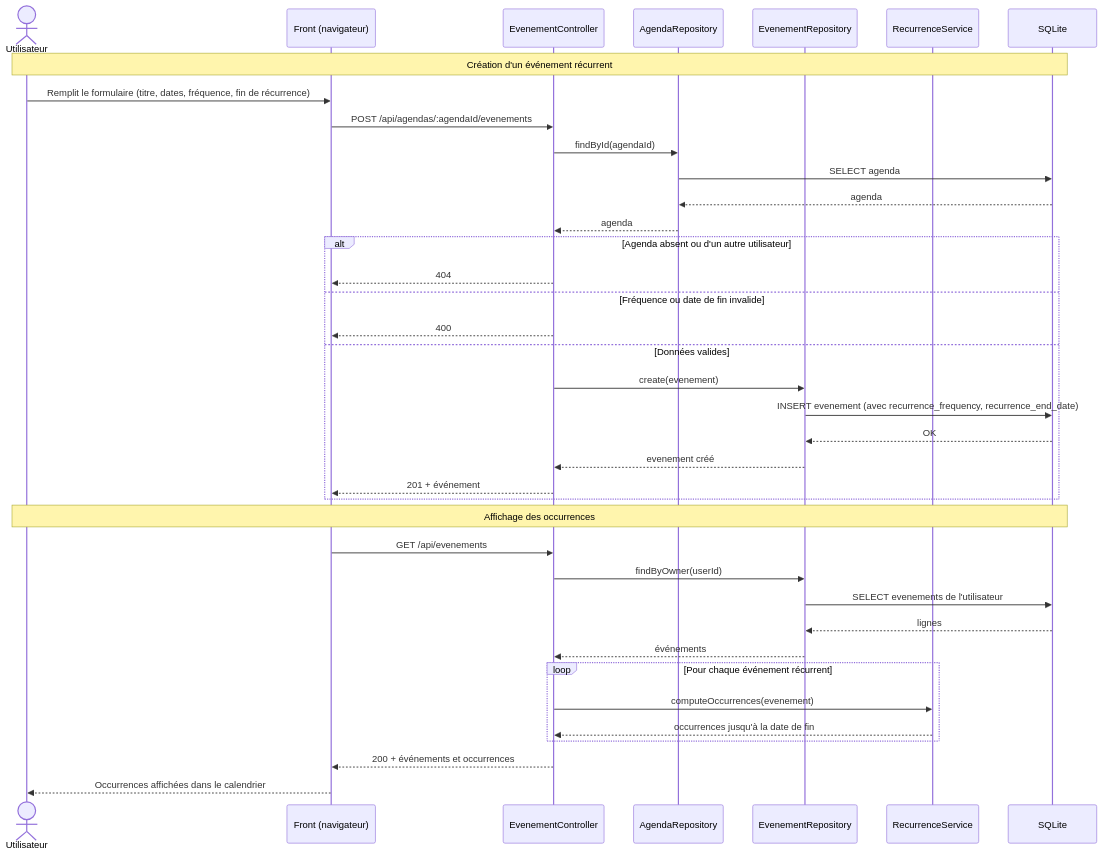
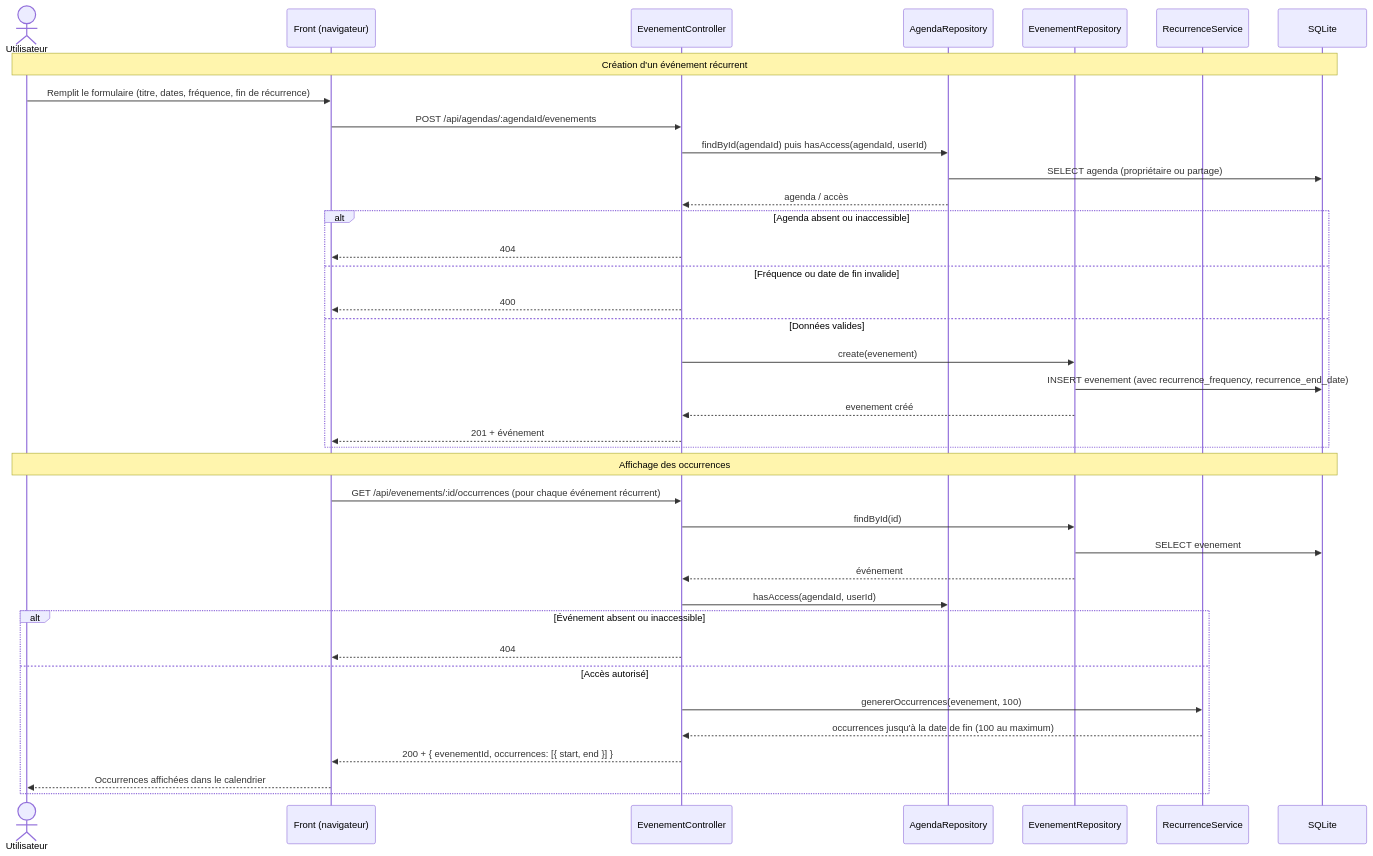
One commit to mbianytabs/ACL2026-ChronoSquad changed the second of 4 diagrams in docs/sprint1/conception.md. Above: the diagram before and after it, drawn with Mermaid. The commit also changed other lines of this file and 1 other file, not shown here.

````diff
--- a/docs/sprint1/conception.md
+++ b/docs/sprint1/conception.md
@@ -176,42 +100,42 @@
 ```mermaid
 sequenceDiagram
     actor U as Utilisateur
     participant F as Front (navigateur)
     participant C as EvenementController
     participant AR as AgendaRepository
     participant ER as EvenementRepository
     participant RS as RecurrenceService
     participant DB as SQLite
 
     Note over U,DB: Création d'un événement récurrent
     U->>F: Remplit le formulaire (titre, dates, fréquence, fin de récurrence)
     F->>C: POST /api/agendas/:agendaId/evenements
-    C->>AR: findById(agendaId)
-    AR->>DB: SELECT agenda
-    DB-->>AR: agenda
-    AR-->>C: agenda
-    alt Agenda absent ou d'un autre utilisateur
+    C->>AR: findById(agendaId) puis hasAccess(agendaId, userId)
+    AR->>DB: SELECT agenda (propriétaire ou partage)
+    AR-->>C: agenda / accès
+    alt Agenda absent ou inaccessible
         C-->>F: 404
     else Fréquence ou date de fin invalide
         C-->>F: 400
     else Données valides
         C->>ER: create(evenement)
         ER->>DB: INSERT evenement (avec recurrence_frequency, recurrence_end_date)
-        DB-->>ER: OK
         ER-->>C: evenement créé
         C-->>F: 201 + événement
     end
 
     Note over U,DB: Affichage des occurrences
-    F->>C: GET /api/evenements
-    C->>ER: findByOwner(userId)
-    ER->>DB: SELECT evenements de l'utilisateur
-    DB-->>ER: lignes
-    ER-->>C: événements
-    loop Pour chaque événement récurrent
-        C->>RS: computeOccurrences(evenement)
-        RS-->>C: occurrences jusqu'à la date de fin
+    F->>C: GET /api/evenements/:id/occurrences (pour chaque événement récurrent)
+    C->>ER: findById(id)
+    ER->>DB: SELECT evenement
+    ER-->>C: événement
+    C->>AR: hasAccess(agendaId, userId)
+    alt Événement absent ou inaccessible
+        C-->>F: 404
+    else Accès autorisé
+        C->>RS: genererOccurrences(evenement, 100)
+        RS-->>C: occurrences jusqu'à la date de fin (100 au maximum)
+        C-->>F: 200 + { evenementId, occurrences: [{ start, end }] }
+        F-->>U: Occurrences affichées dans le calendrier
     end
-    C-->>F: 200 + événements et occurrences
-    F-->>U: Occurrences affichées dans le calendrier
 ```
````
